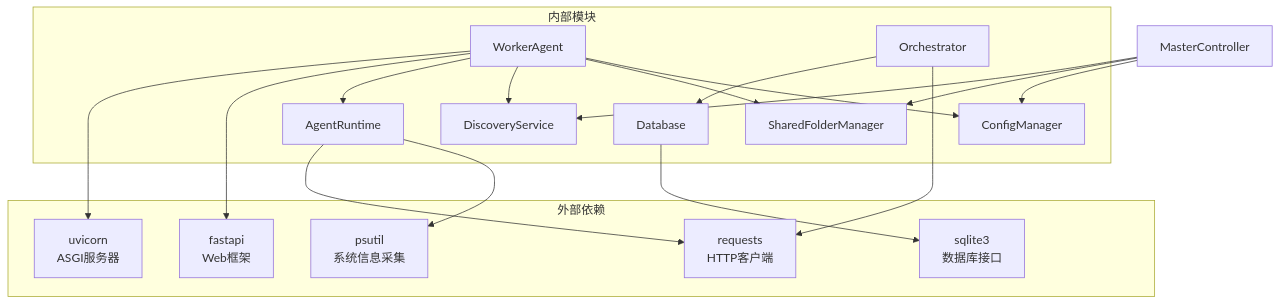
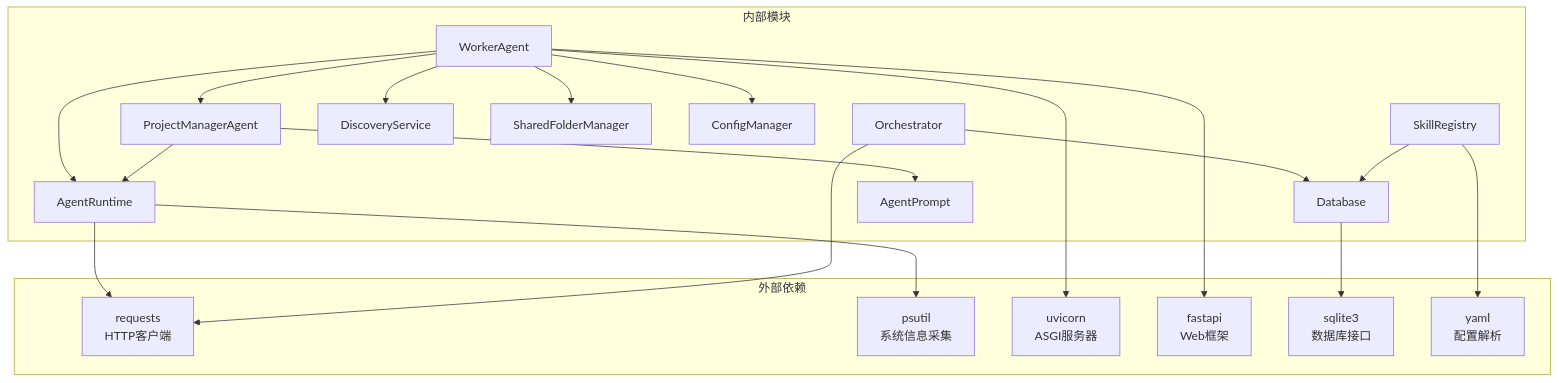
Diagram 13 of 14 in .qoder/repowiki/zh/content/架构设计/Worker 代理/Agent 能力声明系统/Agent 运行时管理.md (targalian/Personal-distributed-workstation), drawn with Mermaid before and after one commit. The commit also changed other lines of this file and 60 other files, not shown here.

````diff
--- a/.qoder/repowiki/zh/content/架构设计/Worker 代理/Agent 能力声明系统/Agent 运行时管理.md
+++ b/.qoder/repowiki/zh/content/架构设计/Worker 代理/Agent 能力声明系统/Agent 运行时管理.md
@@ -388,33 +591,39 @@
 ```mermaid
 graph TB
 subgraph "外部依赖"
 Requests[requests<br/>HTTP客户端]
 Psutil[psutil<br/>系统信息采集]
 Uvicorn[uvicorn<br/>ASGI服务器]
 FastAPI[fastapi<br/>Web框架]
 Sqlite3[sqlite3<br/>数据库接口]
+YAML[yaml<br/>配置解析]
 end
 subgraph "内部模块"
 AgentRuntime[AgentRuntime]
 WorkerAgent[WorkerAgent]
 Orchestrator[Orchestrator]
+ProjectManagerAgent[ProjectManagerAgent]
 Database[Database]
 Discovery[DiscoveryService]
 SharedFolder[SharedFolderManager]
 Config[ConfigManager]
+SkillRegistry[SkillRegistry]
+AgentPrompt[AgentPrompt]
 end
 AgentRuntime --> Requests
 AgentRuntime --> Psutil
 WorkerAgent --> Uvicorn
 WorkerAgent --> FastAPI
 WorkerAgent --> AgentRuntime
+WorkerAgent --> ProjectManagerAgent
+ProjectManagerAgent --> AgentRuntime
+ProjectManagerAgent --> AgentPrompt
 Orchestrator --> Database
 Orchestrator --> Requests
 Database --> Sqlite3
 WorkerAgent --> Discovery
-MasterController --> Discovery
 WorkerAgent --> SharedFolder
-MasterController --> SharedFolder
 WorkerAgent --> Config
-MasterController --> Config
+SkillRegistry --> Database
+SkillRegistry --> YAML
 ```
````
